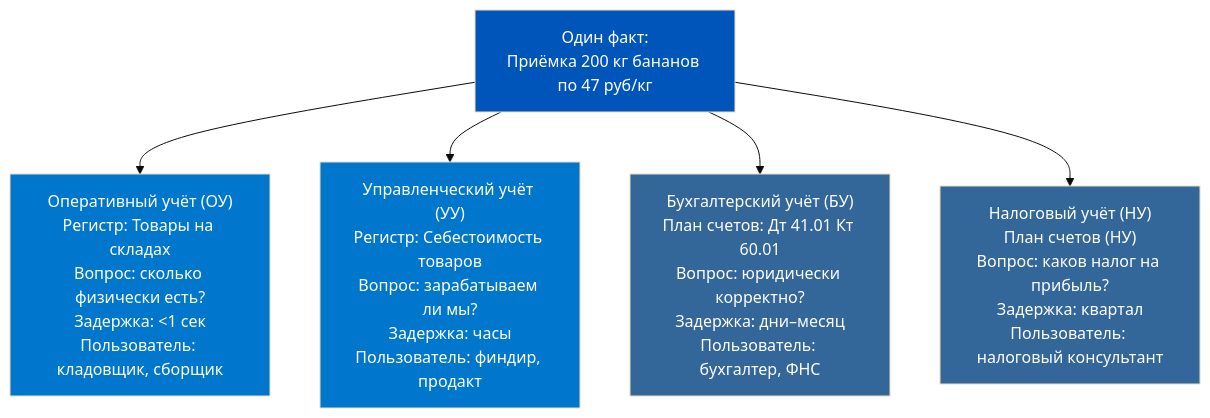
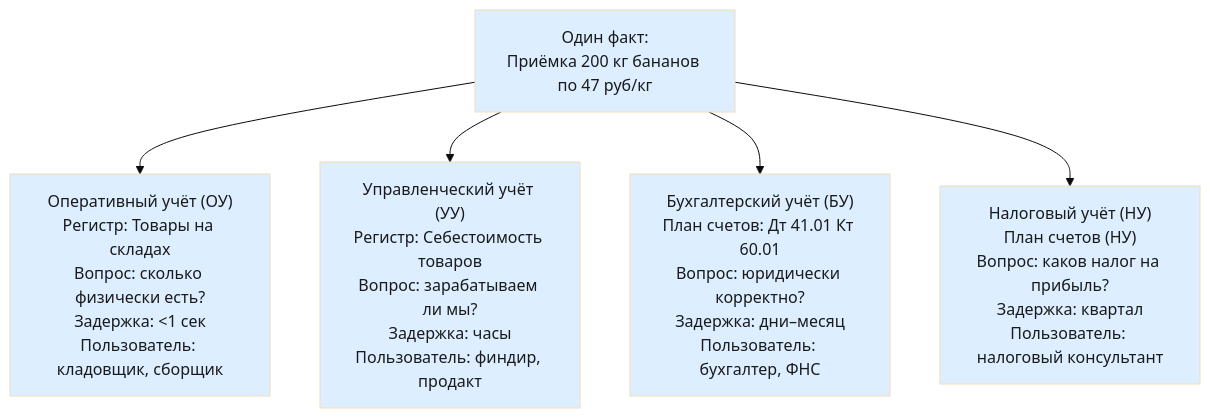
One commit to murad1986/1c-erp-quartz changed the second of 5 diagrams in content/1c-erp/week_1/Неделя 1 - День 1 - Виды учета и Архитектура.md. Above: the diagram before and after it, drawn with Mermaid (base theme). The commit also changed other lines of this file and 57 other files, not shown here.

First line of the commit message:
fix: Mermaid — пастельные цвета в источниках диаграмм (56 файлов)

````diff
--- a/content/1c-erp/week_1/Неделя 1 - День 1 - Виды учета и Архитектура.md
+++ b/content/1c-erp/week_1/Неделя 1 - День 1 - Виды учета и Архитектура.md
@@ -215,14 +215,14 @@
 ```mermaid
 graph TD
     FACT["Один факт:<br/>Приёмка 200 кг бананов по 47 руб/кг"]
     FACT --> OU["Оперативный учёт (ОУ)<br/>Регистр: Товары на складах<br/>Вопрос: сколько физически есть?<br/>Задержка: &lt;1 сек<br/>Пользователь: кладовщик, сборщик"]
     FACT --> UU["Управленческий учёт (УУ)<br/>Регистр: Себестоимость товаров<br/>Вопрос: зарабатываем ли мы?<br/>Задержка: часы<br/>Пользователь: финдир, продакт"]
     FACT --> BU["Бухгалтерский учёт (БУ)<br/>План счетов: Дт 41.01 Кт 60.01<br/>Вопрос: юридически корректно?<br/>Задержка: дни–месяц<br/>Пользователь: бухгалтер, ФНС"]
     FACT --> NU["Налоговый учёт (НУ)<br/>План счетов (НУ)<br/>Вопрос: каков налог на прибыль?<br/>Задержка: квартал<br/>Пользователь: налоговый консультант"]
 
-    style FACT fill:#0055BB,color:#fff
-    style OU fill:#0077CC,color:#fff
-    style UU fill:#0077CC,color:#fff
-    style BU fill:#336699,color:#fff
-    style NU fill:#336699,color:#fff
+    style FACT fill:#dceeff,color:#1a1a1a
+    style OU fill:#dceeff,color:#1a1a1a
+    style UU fill:#dceeff,color:#1a1a1a
+    style BU fill:#dceeff,color:#1a1a1a
+    style NU fill:#dceeff,color:#1a1a1a
 ```
````
